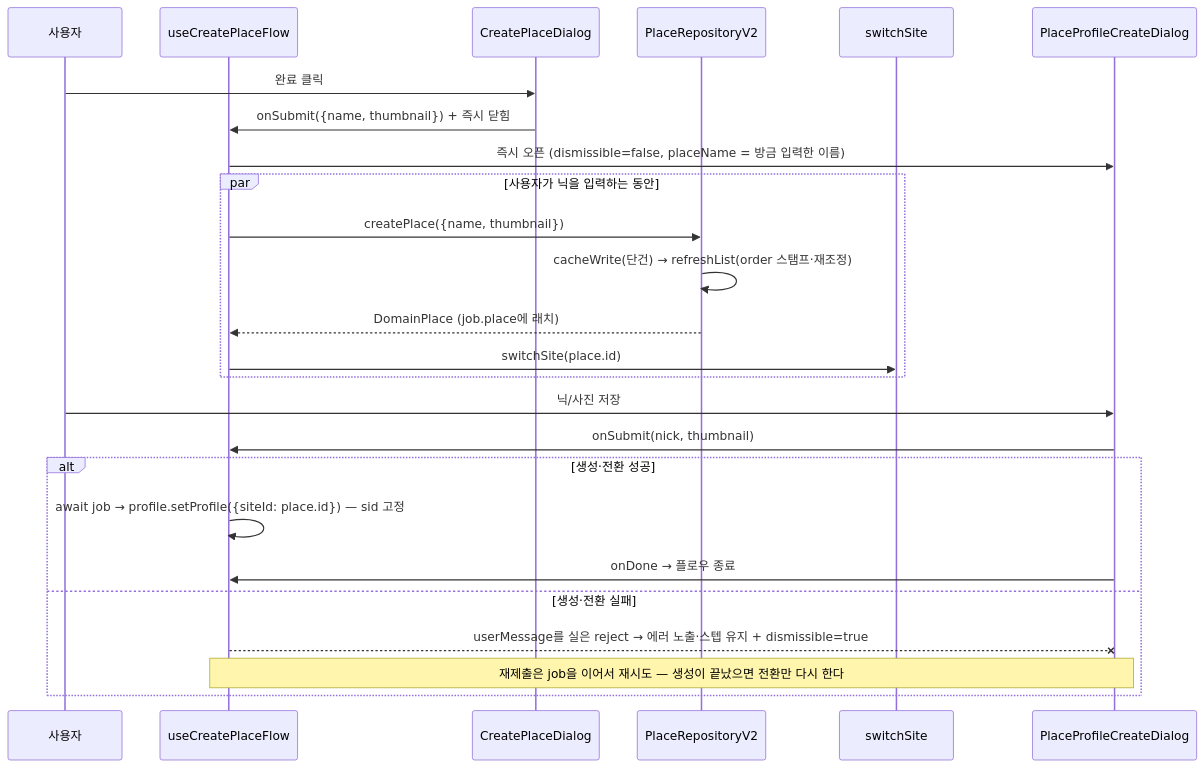
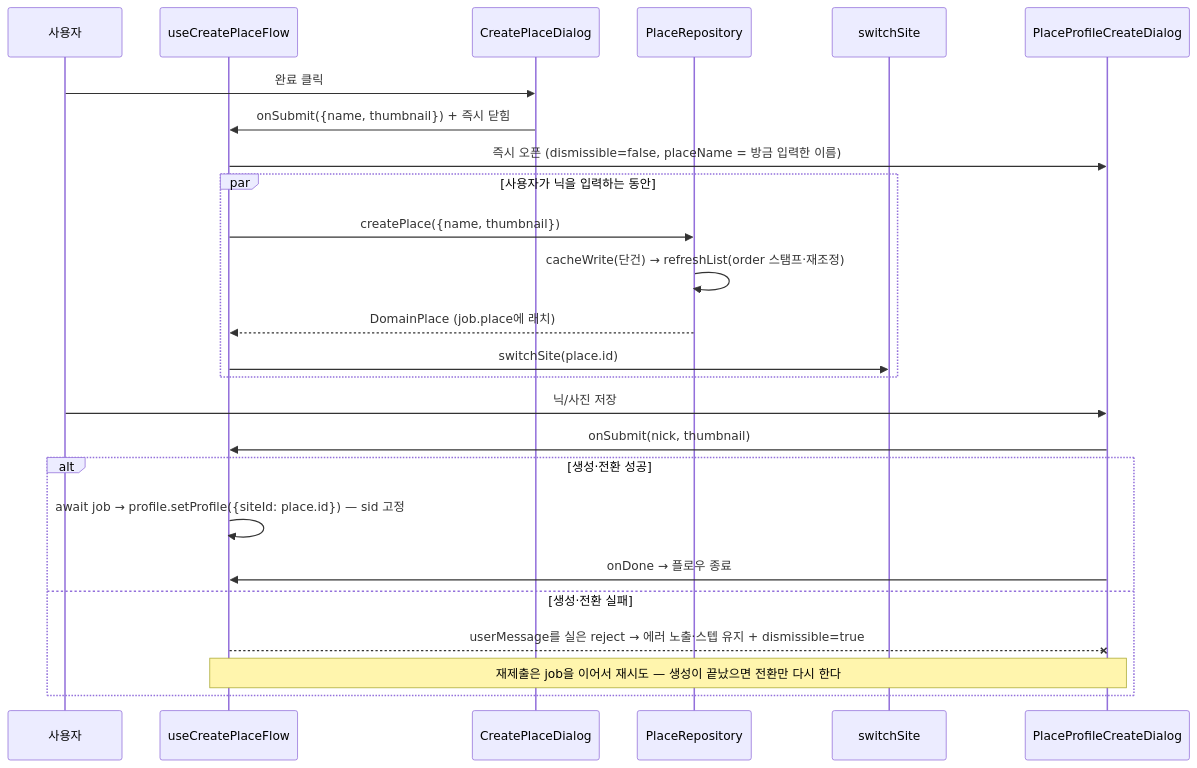
Before and after one commit to lemoncloud-io/dou-app: the second of 3 diagrams in apps/web/docs/feature/place/relay-default-place-scoping.md, drawn with Mermaid. The commit also changed other lines of this file and 86 other files, not shown here.

````diff
--- a/apps/web/docs/feature/place/relay-default-place-scoping.md
+++ b/apps/web/docs/feature/place/relay-default-place-scoping.md
@@ -105,27 +105,27 @@
 ```mermaid
 sequenceDiagram
     participant U as 사용자
     participant F as useCreatePlaceFlow
     participant D as CreatePlaceDialog
-    participant R as PlaceRepositoryV2
+    participant R as PlaceRepository
     participant S as switchSite
     participant PD as PlaceProfileCreateDialog
     U->>D: 완료 클릭
     D->>F: onSubmit({name, thumbnail}) + 즉시 닫힘
     F->>PD: 즉시 오픈 (dismissible=false, placeName = 방금 입력한 이름)
     par 사용자가 닉을 입력하는 동안
         F->>R: createPlace({name, thumbnail})
         R->>R: cacheWrite(단건) → refreshList(order 스탬프·재조정)
         R-->>F: DomainPlace (job.place에 래치)
         F->>S: switchSite(place.id)
     end
     U->>PD: 닉/사진 저장
     PD->>F: onSubmit(nick, thumbnail)
     alt 생성·전환 성공
         F->>F: await job → profile.setProfile({siteId: place.id}) — sid 고정
         PD->>F: onDone → 플로우 종료
     else 생성·전환 실패
         F--xPD: userMessage를 실은 reject → 에러 노출·스텝 유지 + dismissible=true
         Note over F,PD: 재제출은 job을 이어서 재시도 — 생성이 끝났으면 전환만 다시 한다
     end
 ```
````
